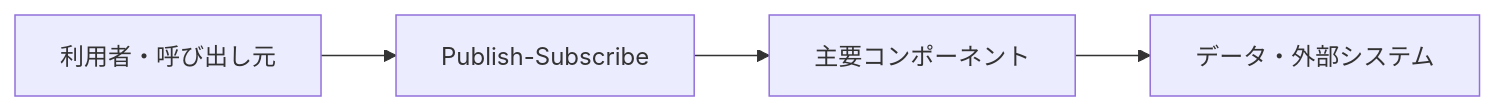
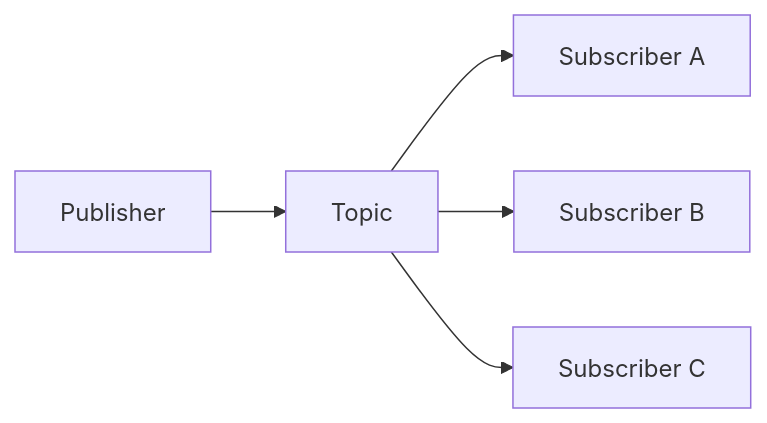
One commit to t-shirayama/architecture-notes changed the diagram in docs/エンタープライズ統合・連携系/パブリッシュサブスクライブ.md. Above: the diagram before and after it, drawn with Mermaid. The commit also changed other lines of this file and 32 other files, not shown here.

Commit message:
docs: refine remaining architecture notes

````diff
--- a/docs/エンタープライズ統合・連携系/パブリッシュサブスクライブ.md
+++ b/docs/エンタープライズ統合・連携系/パブリッシュサブスクライブ.md
@@ -24,6 +28,7 @@
 ```mermaid
 flowchart LR
-    A[利用者・呼び出し元] --> B[Publish-Subscribe]
-    B --> C[主要コンポーネント]
-    C --> D[データ・外部システム]
+    Publisher --> Topic[Topic]
+    Topic --> SubA[Subscriber A]
+    Topic --> SubB[Subscriber B]
+    Topic --> SubC[Subscriber C]
 ```
````
